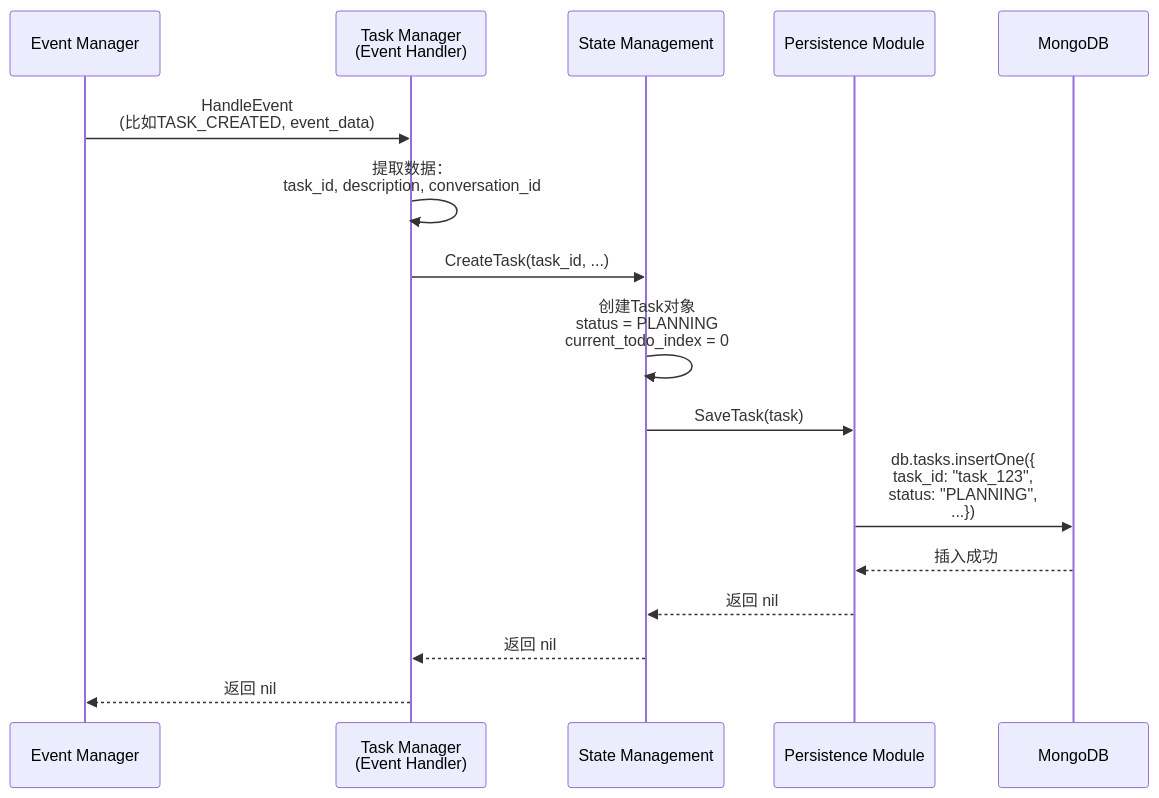
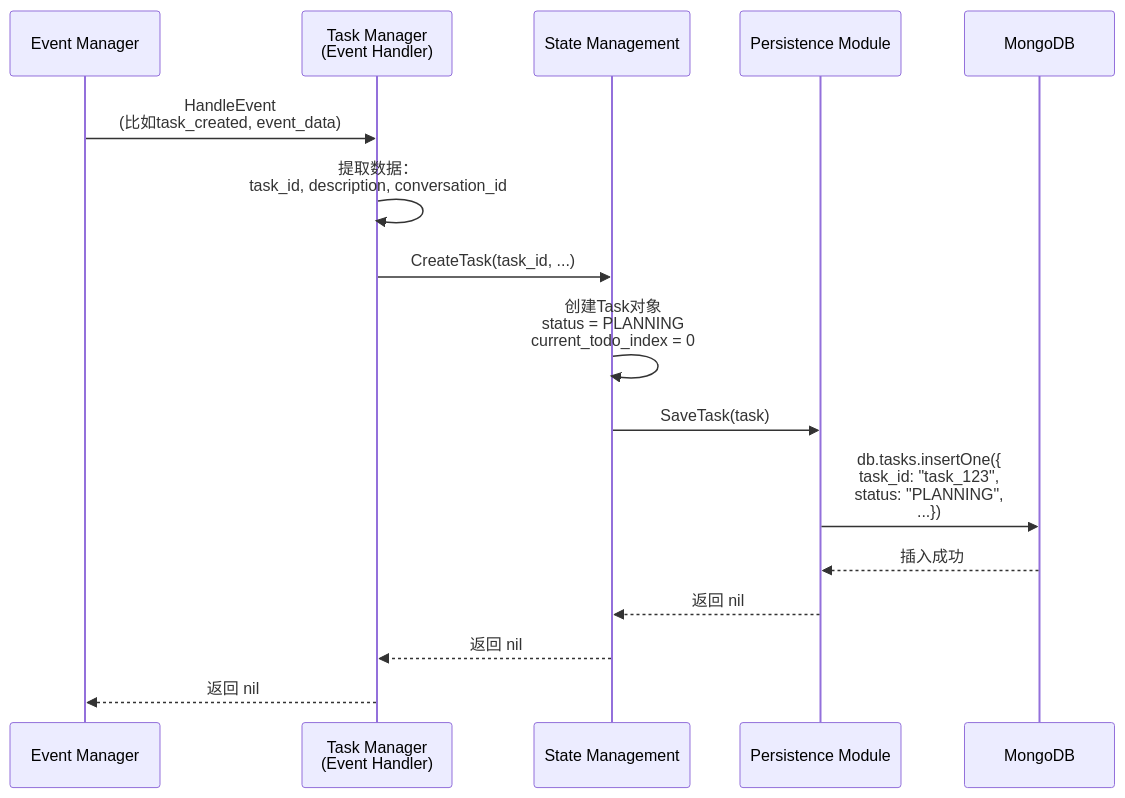
The diagram in all/未命名-10.md (yingjianzh/iodraw-files), drawn with Mermaid before and after one commit.

Commit message:
2025-12-24 18:09:41 update

````diff
--- a/all/未命名-10.md
+++ b/all/未命名-10.md
@@ -1,25 +1,25 @@
 ```mermaid
 sequenceDiagram
     participant EventMgr as Event Manager
     participant TaskMgr as Task Manager<br/>(Event Handler)
     participant StateMgr as State Management
     participant Persist as Persistence Module
     participant MongoDB as MongoDB
 
-    EventMgr->>TaskMgr: HandleEvent<br/>(比如TASK_CREATED, event_data)
+    EventMgr->>TaskMgr: HandleEvent<br/>(比如task_created, event_data)
     
     TaskMgr->>TaskMgr: 提取数据：<br/>task_id, description, conversation_id
     
     TaskMgr->>StateMgr: CreateTask(task_id, ...)
     
     StateMgr->>StateMgr: 创建Task对象<br/>status = PLANNING<br/>current_todo_index = 0
     
     StateMgr->>Persist: SaveTask(task)
     
     Persist->>MongoDB: db.tasks.insertOne({<br/>  task_id: "task_123",<br/>  status: "PLANNING",<br/>  ...})
     
     MongoDB-->>Persist: 插入成功
     Persist-->>StateMgr: 返回 nil
     StateMgr-->>TaskMgr: 返回 nil
     TaskMgr-->>EventMgr: 返回 nil
 ```
````
